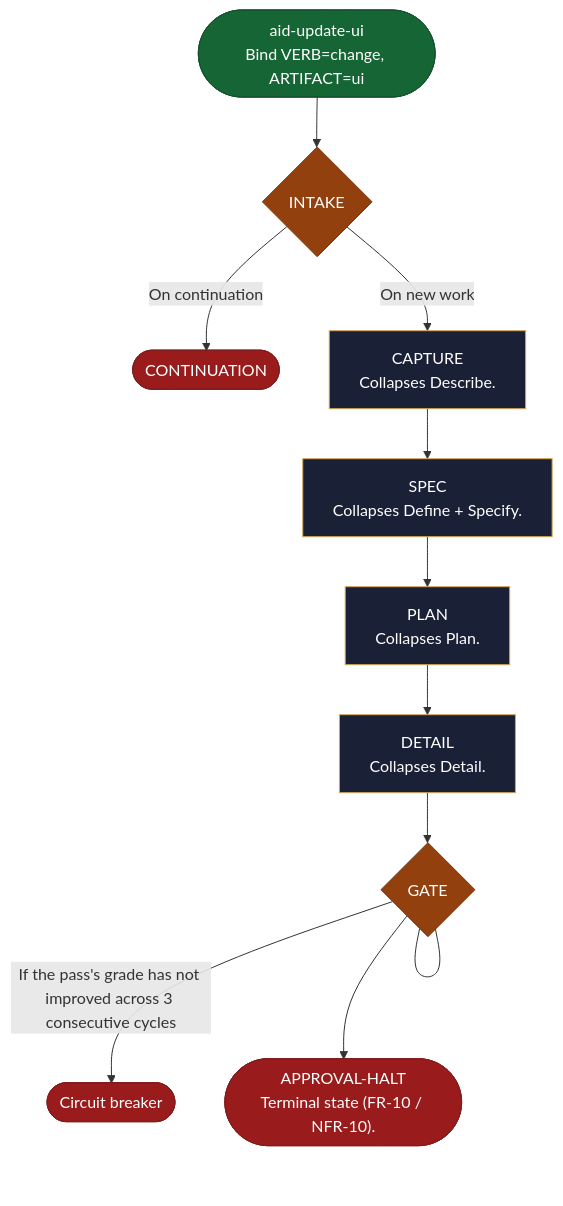
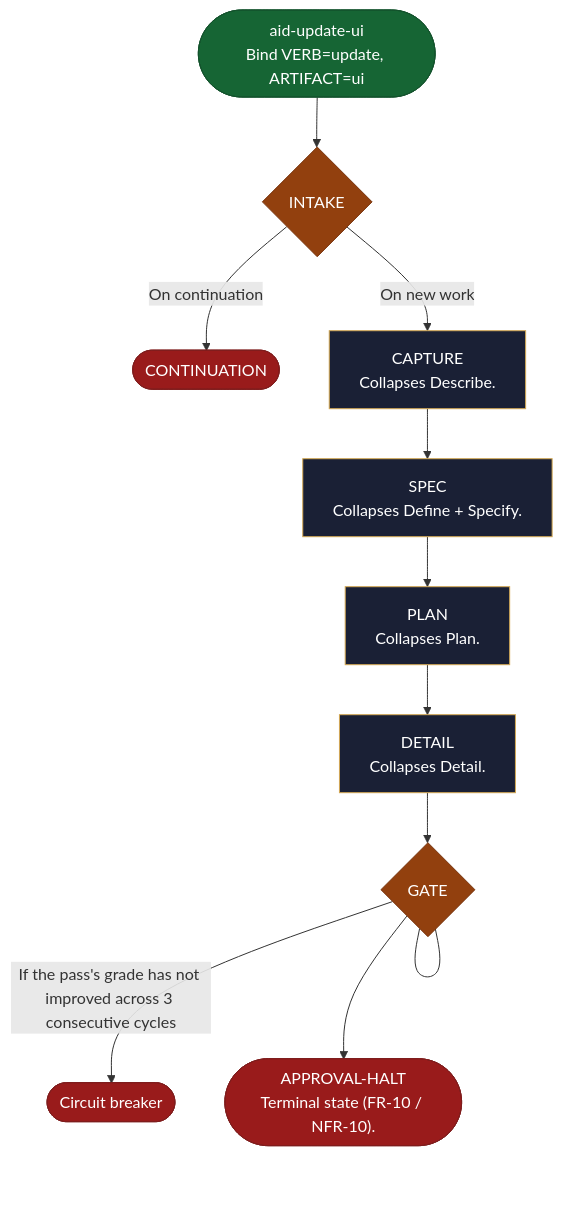
Before and after one commit to AndreVianna/aid-methodology: the diagram in site/src/content/docs/skills/aid-update-ui.md, drawn with Mermaid. The commit also changed other lines of this file and 99 other files, not shown here.

````diff
--- a/site/src/content/docs/skills/aid-update-ui.md
+++ b/site/src/content/docs/skills/aid-update-ui.md
@@ -20,49 +20,49 @@
 ```mermaid
 flowchart TB
   classDef aidNode color:#fff
   classDef aidEntry fill:#166534,stroke:#14532d,color:#fff
   classDef aidExit fill:#991b1b,stroke:#7f1d1d,color:#fff
   classDef aidDecision fill:#92400e,stroke:#78350f,color:#fff
   classDef aidLoopBack fill:#1e3a8a,stroke:#1e3a8a,color:#fff
   classDef aidStep fill:#1a2035,stroke:#d4a853,color:#f1f5f9
-  n1(["aid-update-ui<br/>Bind VERB=change, ARTIFACT=ui"])
+  n1(["aid-update-ui<br/>Bind VERB=update, ARTIFACT=ui"])
   n2{"INTAKE"}
   n3(["CONTINUATION"])
   n4["CAPTURE<br/>Collapses Describe."]
   n5["SPEC<br/>Collapses Define + Specify."]
   n6["PLAN<br/>Collapses Plan."]
   n7["DETAIL<br/>Collapses Detail."]
   n8{"GATE"}
   n9(["Circuit breaker"])
   n10(["APPROVAL-HALT<br/>Terminal state (FR-10 / NFR-10)."])
   n1 --> n2
   n2 -->|"On continuation"| n3
   n2 -->|"On new work"| n4
   n4 --> n5
   n5 --> n6
   n6 --> n7
   n7 --> n8
   n8 --- n8
   n8 -->|"If the pass's grade has not improved across 3 consecutive cycles"| n9
   n8 --> n10
   class n1 aidEntry
   class n2 aidDecision
   class n3 aidExit
   class n4 aidStep
   class n5 aidStep
   class n6 aidStep
   class n7 aidStep
   class n8 aidDecision
   class n9 aidExit
   class n10 aidExit
   class n1 aidNode
   class n2 aidNode
   class n3 aidNode
   class n4 aidNode
   class n5 aidNode
   class n6 aidNode
   class n7 aidNode
   class n8 aidNode
   class n9 aidNode
   class n10 aidNode
 ```
````
